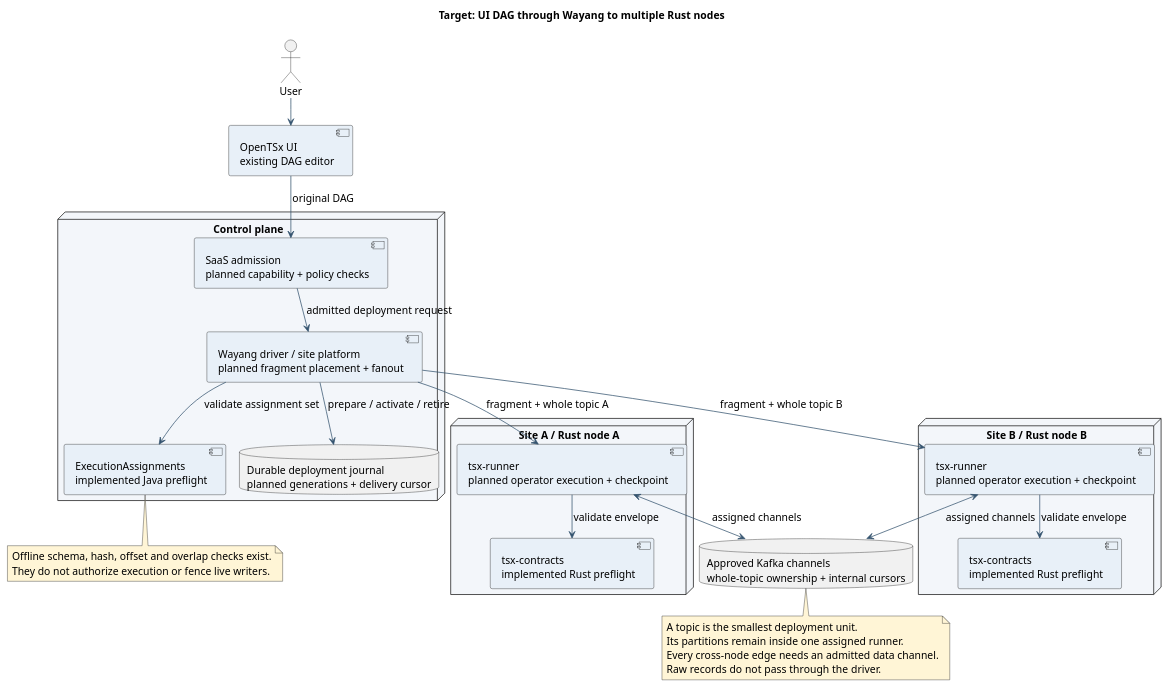
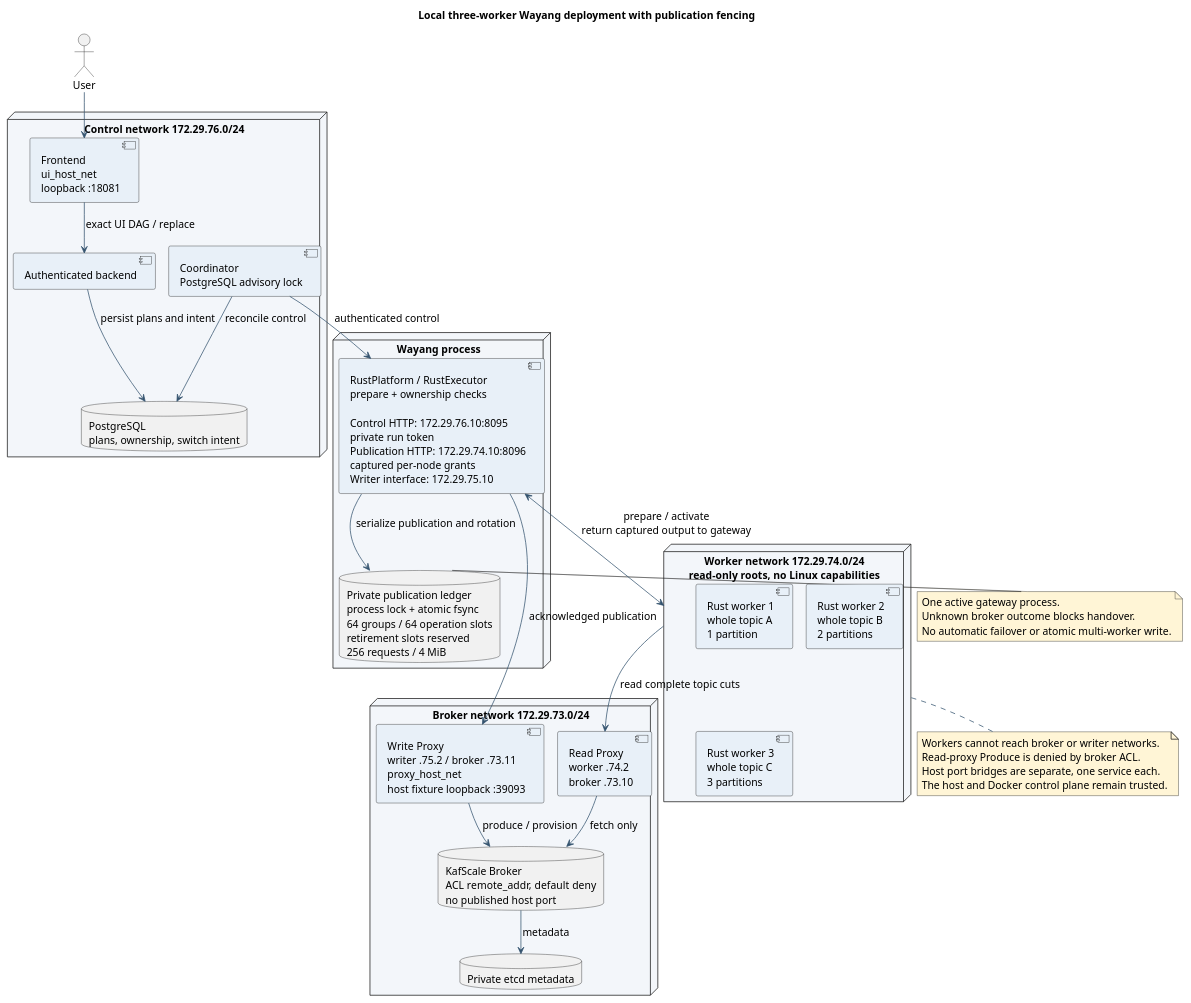
One commit to kamir/OpenTSx changed the diagram in docs/devguide/integration/uml/wayang-rust-deployment.puml. Above: the diagram before and after it, drawn with PlantUML. The commit also changed 61 other files, not shown here.

Commit message:
feat(wayang): fence Rust publication during deployment changes

```diff
--- a/docs/devguide/integration/uml/wayang-rust-deployment.puml
+++ b/docs/devguide/integration/uml/wayang-rust-deployment.puml
@@ -1,55 +1,62 @@
 @startuml
 !pragma layout smetana
 top to bottom direction
-title Target: UI DAG through Wayang to multiple Rust nodes
+title Local three-worker Wayang deployment with publication fencing
 skinparam backgroundColor white
 skinparam shadowing false
 skinparam defaultFontName SansSerif
 skinparam defaultFontSize 14
 skinparam componentStyle uml2
 skinparam ArrowColor #34536F
 skinparam nodeBackgroundColor #F3F6FA
 skinparam componentBackgroundColor #E8F0F8
 skinparam noteBackgroundColor #FFF5D6
 
 actor User
-component "OpenTSx UI\nexisting DAG editor" as ui
-node "Control plane" {
-  component "SaaS admission\nplanned capability + policy checks" as backend
-  component "Wayang driver / site platform\nplanned fragment placement + fanout" as driver
-  component "ExecutionAssignments\nimplemented Java preflight" as java
-  database "Durable deployment journal\nplanned generations + delivery cursor" as journal
+node "Control network 172.29.76.0/24" {
+  component "Frontend\nui_host_net\nloopback :18081" as ui
+  component "Authenticated backend" as api
+  component "Coordinator\nPostgreSQL advisory lock" as coordinator
+  database "PostgreSQL\nplans, ownership, switch intent" as pg
 }
-node "Site A / Rust node A" {
-  component "tsx-runner\nplanned operator execution + checkpoint" as runnerA
-  component "tsx-contracts\nimplemented Rust preflight" as contractsA
+node "Wayang process" {
+  component "RustPlatform / RustExecutor\nprepare + ownership checks\n\nControl HTTP: 172.29.76.10:8095\nprivate run token\nPublication HTTP: 172.29.74.10:8096\ncaptured per-node grants\nWriter interface: 172.29.75.10" as driver
+  database "Private publication ledger\nprocess lock + atomic fsync\n64 groups / 64 operation slots\nretirement slots reserved\n256 requests / 4 MiB" as ledger
 }
-node "Site B / Rust node B" {
-  component "tsx-runner\nplanned operator execution + checkpoint" as runnerB
-  component "tsx-contracts\nimplemented Rust preflight" as contractsB
+node "Worker network 172.29.74.0/24\nread-only roots, no Linux capabilities" as workers {
+  component "Rust worker 1\nwhole topic A\n1 partition" as r1
+  component "Rust worker 2\nwhole topic B\n2 partitions" as r2
+  component "Rust worker 3\nwhole topic C\n3 partitions" as r3
 }
-database "Approved Kafka channels\nwhole-topic ownership + internal cursors" as topics
+node "Broker network 172.29.73.0/24" {
+  component "Read Proxy\nworker .74.2\nbroker .73.10" as read
+  component "Write Proxy\nwriter .75.2 / broker .73.11\nproxy_host_net\nhost fixture loopback :39093" as write
+  database "KafScale Broker\nACL remote_addr, default deny\nno published host port" as broker
+  database "Private etcd metadata" as etcd
+}
 
 User --> ui
-ui --> backend : original DAG
-backend --> driver : admitted deployment request
-driver --> java : validate assignment set
-driver --> journal : prepare / activate / retire
-driver --> runnerA : fragment + whole topic A
-driver --> runnerB : fragment + whole topic B
-runnerA --> contractsA : validate envelope
-runnerB --> contractsB : validate envelope
-runnerA <--> topics : assigned channels
-runnerB <--> topics : assigned channels
+ui --> api : exact UI DAG / replace
+api --> pg : persist plans and intent
+coordinator --> pg : reconcile control
+coordinator --> driver : authenticated control
+driver --> ledger : serialize publication and rotation
+driver <--> workers : prepare / activate\nreturn captured output to gateway
+workers --> read : read complete topic cuts
+driver --> write : acknowledged publication
+read --> broker : fetch only
+write --> broker : produce / provision
+broker --> etcd : metadata
 
-note bottom of java
-Offline schema, hash, offset and overlap checks exist.
-They do not authorize execution or fence live writers.
+note bottom of workers
+Workers cannot reach broker or writer networks.
+Read-proxy Produce is denied by broker ACL.
+Host port bridges are separate, one service each.
+The host and Docker control plane remain trusted.
 end note
-note bottom of topics
-A topic is the smallest deployment unit.
-Its partitions remain inside one assigned runner.
-Every cross-node edge needs an admitted data channel.
-Raw records do not pass through the driver.
+note left of ledger
+One active gateway process.
+Unknown broker outcome blocks handover.
+No automatic failover or atomic multi-worker write.
 end note
 @enduml
```
